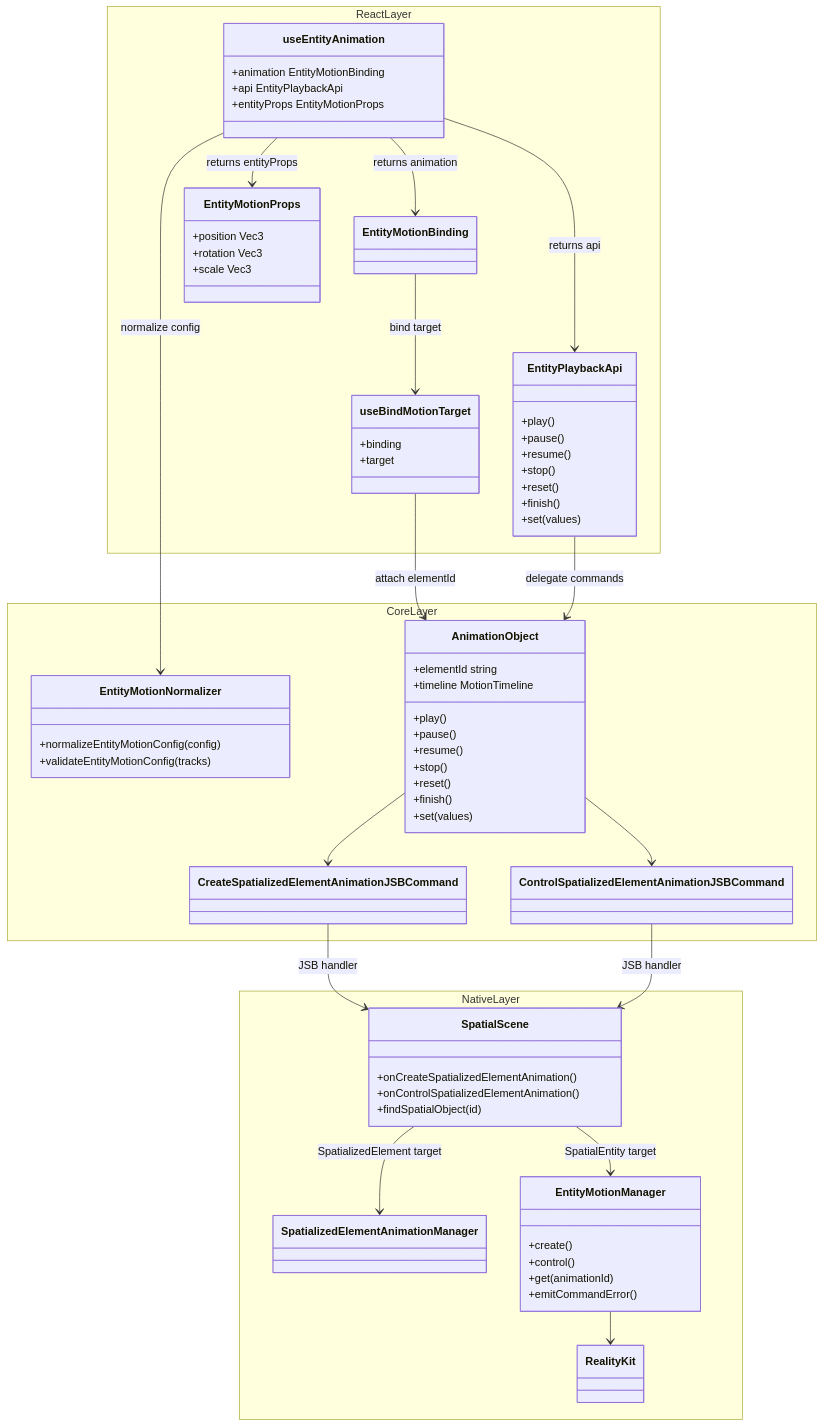
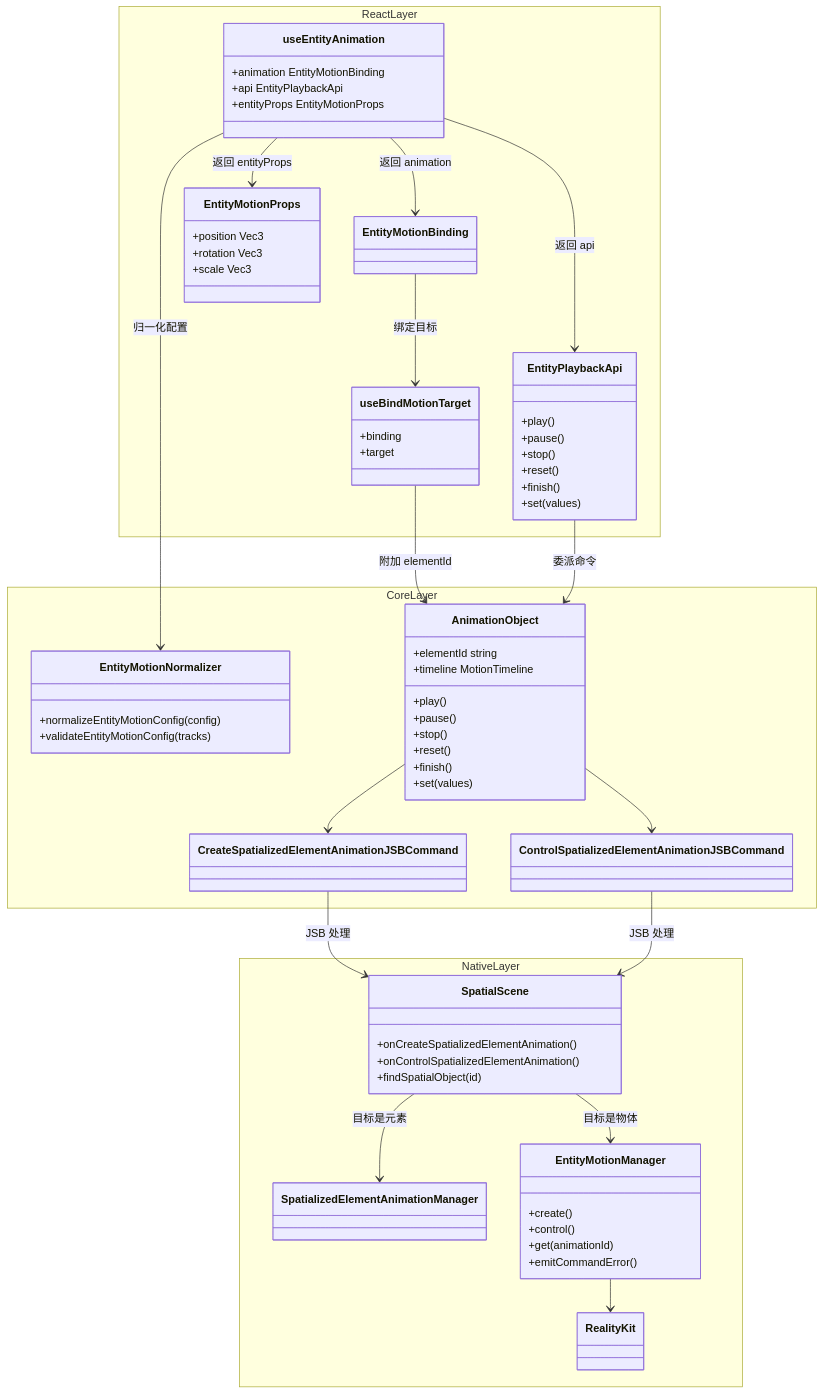
One commit to webspatial/webspatial-sdk changed the sixth of 11 diagrams in openspec/changes/redesign-entity-motion-api/design.zh.md. Above: the diagram before and after it, drawn with Mermaid. The commit also changed other lines of this file and 7 other files, not shown here.

````diff
--- a/openspec/changes/redesign-entity-motion-api/design.zh.md
+++ b/openspec/changes/redesign-entity-motion-api/design.zh.md
@@ -534,77 +707,75 @@
 ```mermaid
 classDiagram
     namespace ReactLayer {
         class useEntityAnimation {
             +animation EntityMotionBinding
             +api EntityPlaybackApi
             +entityProps EntityMotionProps
         }
         class EntityPlaybackApi {
             +play()
             +pause()
-            +resume()
             +stop()
             +reset()
             +finish()
             +set(values)
         }
         class EntityMotionBinding
         class EntityMotionProps {
             +position Vec3
             +rotation Vec3
             +scale Vec3
         }
         class useBindMotionTarget {
             +binding
             +target
         }
     }
     namespace CoreLayer {
         class EntityMotionNormalizer {
             +normalizeEntityMotionConfig(config)
             +validateEntityMotionConfig(tracks)
         }
         class AnimationObject {
             +elementId string
             +timeline MotionTimeline
             +play()
             +pause()
-            +resume()
             +stop()
             +reset()
             +finish()
             +set(values)
         }
         class CreateSpatializedElementAnimationJSBCommand
         class ControlSpatializedElementAnimationJSBCommand
     }
     namespace NativeLayer {
         class SpatialScene {
             +onCreateSpatializedElementAnimation()
             +onControlSpatializedElementAnimation()
             +findSpatialObject(id)
         }
         class SpatializedElementAnimationManager
         class EntityMotionManager {
             +create()
             +control()
             +get(animationId)
             +emitCommandError()
         }
         class RealityKit
     }
-    useEntityAnimation --> EntityMotionBinding : returns animation
-    useEntityAnimation --> EntityPlaybackApi : returns api
-    useEntityAnimation --> EntityMotionProps : returns entityProps
-    useEntityAnimation --> EntityMotionNormalizer : normalize config
-    EntityMotionBinding --> useBindMotionTarget : bind target
-    useBindMotionTarget --> AnimationObject : attach elementId
-    EntityPlaybackApi --> AnimationObject : delegate commands
+    useEntityAnimation --> EntityMotionBinding : 返回 animation
+    useEntityAnimation --> EntityPlaybackApi : 返回 api
+    useEntityAnimation --> EntityMotionProps : 返回 entityProps
+    useEntityAnimation --> EntityMotionNormalizer : 归一化配置
+    EntityMotionBinding --> useBindMotionTarget : 绑定目标
+    useBindMotionTarget --> AnimationObject : 附加 elementId
+    EntityPlaybackApi --> AnimationObject : 委派命令
     AnimationObject --> CreateSpatializedElementAnimationJSBCommand
     AnimationObject --> ControlSpatializedElementAnimationJSBCommand
-    CreateSpatializedElementAnimationJSBCommand --> SpatialScene : JSB handler
-    ControlSpatializedElementAnimationJSBCommand --> SpatialScene : JSB handler
-    SpatialScene --> SpatializedElementAnimationManager : SpatializedElement target
-    SpatialScene --> EntityMotionManager : SpatialEntity target
+    CreateSpatializedElementAnimationJSBCommand --> SpatialScene : JSB 处理
+    ControlSpatializedElementAnimationJSBCommand --> SpatialScene : JSB 处理
+    SpatialScene --> SpatializedElementAnimationManager : 目标是元素
+    SpatialScene --> EntityMotionManager : 目标是物体
     EntityMotionManager --> RealityKit
 ```
````
